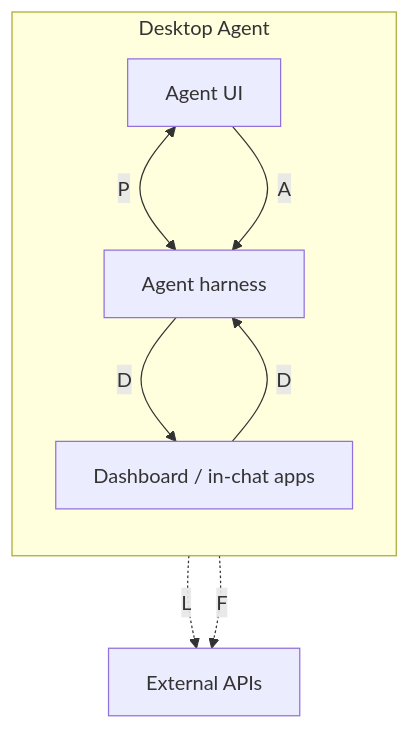
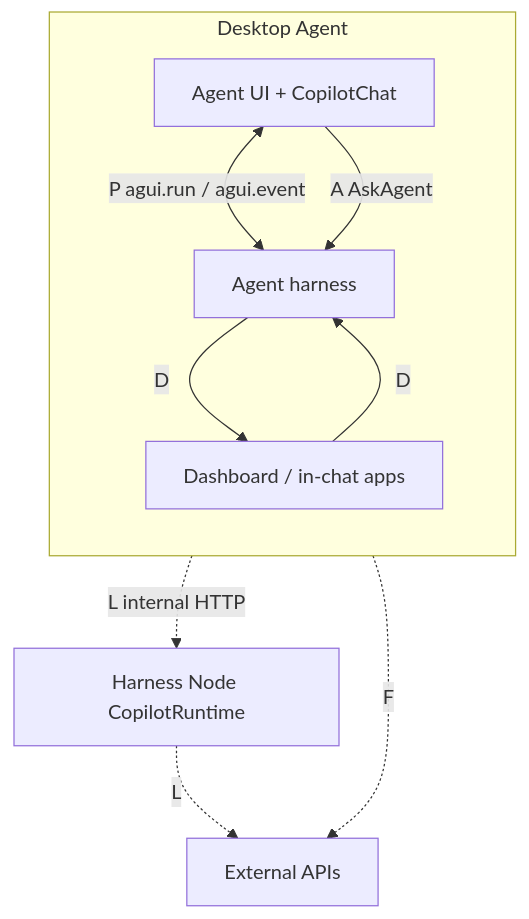
The first of 2 diagrams in examples/aipa/fdc3-extensions/fdc3.ai/README.md (risk-first/ten-factor-governance), drawn with Mermaid before and after one commit. The commit also changed other lines of this file and 31 other files, not shown here.

````diff
--- a/examples/aipa/fdc3-extensions/fdc3.ai/README.md
+++ b/examples/aipa/fdc3-extensions/fdc3.ai/README.md
@@ -9,16 +11,18 @@
 ```mermaid
 flowchart TB
   subgraph da["Desktop Agent"]
     direction TB
-    UI["Agent UI"]
+    UI["Agent UI + CopilotChat"]
     RT["Agent harness"]
     Apps["Dashboard / in-chat apps"]
-    UI <-->|"P"| RT
-    UI -->|"A"| RT
+    UI <-->|"P agui.run / agui.event"| RT
+    UI -->|"A AskAgent"| RT
     RT -->|"D"| Apps
     Apps -->|"D"| RT
   end
+  Node["Harness Node CopilotRuntime"]
   Ext["External APIs"]
-  RT -.->|"L"| Ext
+  RT -.->|"L internal HTTP"| Node
+  Node -.->|"L"| Ext
   Apps -.->|"F"| Ext
 ```
````
